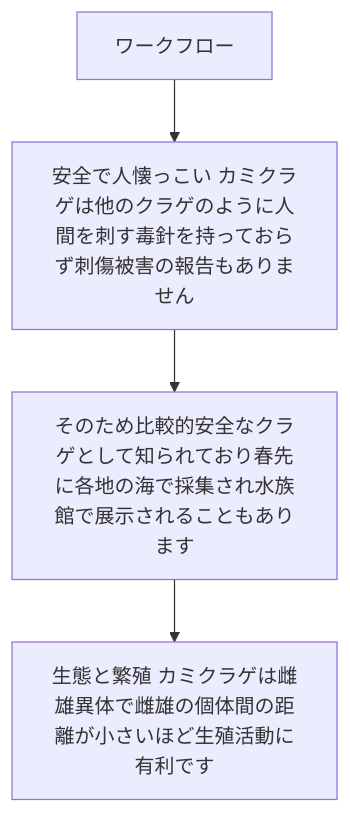
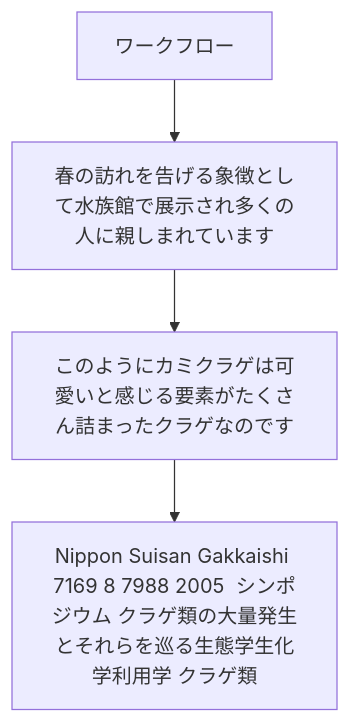
Before and after one commit to zhu-xujuan/AIAgentZhu: the second of 2 diagrams in frontend/.slidev/slides.md, drawn with Mermaid. The commit also changed other lines of this file and 5 other files, not shown here.

Commit message:
Preview＋簡単なテーブルと図

````diff
--- a/frontend/.slidev/slides.md
+++ b/frontend/.slidev/slides.md
@@ -65,7 +67,7 @@
 ```mermaid
 flowchart TD
   A[ワークフロー]
-  A --> B[安全で人懐っこい カミクラゲは他のクラゲのように人間を刺す毒針を持っておらず刺傷被害の報告もありません]
-  B --> C[そのため比較的安全なクラゲとして知られており春先に各地の海で採集され水族館で展示されることもあります]
-  C --> D[生態と繁殖 カミクラゲは雌雄異体で雌雄の個体間の距離が小さいほど生殖活動に有利です]
+  A --> B[春の訪れを告げる象徴として水族館で展示され多くの人に親しまれています]
+  B --> C[このようにカミクラゲは可愛いと感じる要素がたくさん詰まったクラゲなのです]
+  C --> D[Nippon Suisan Gakkaishi 7169 8 7988 2005  シンポジウム クラゲ類の大量発生とそれらを巡る生態学生化学利用学 クラゲ類]
 ```
````
